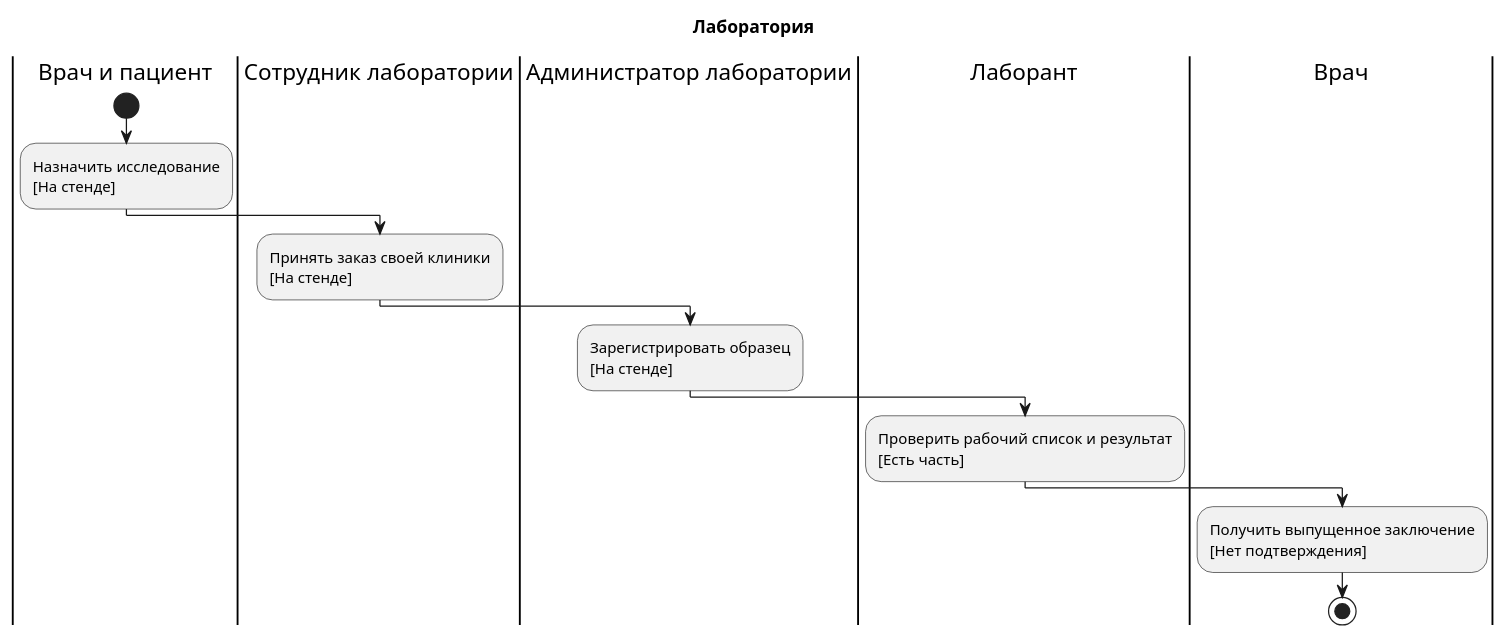
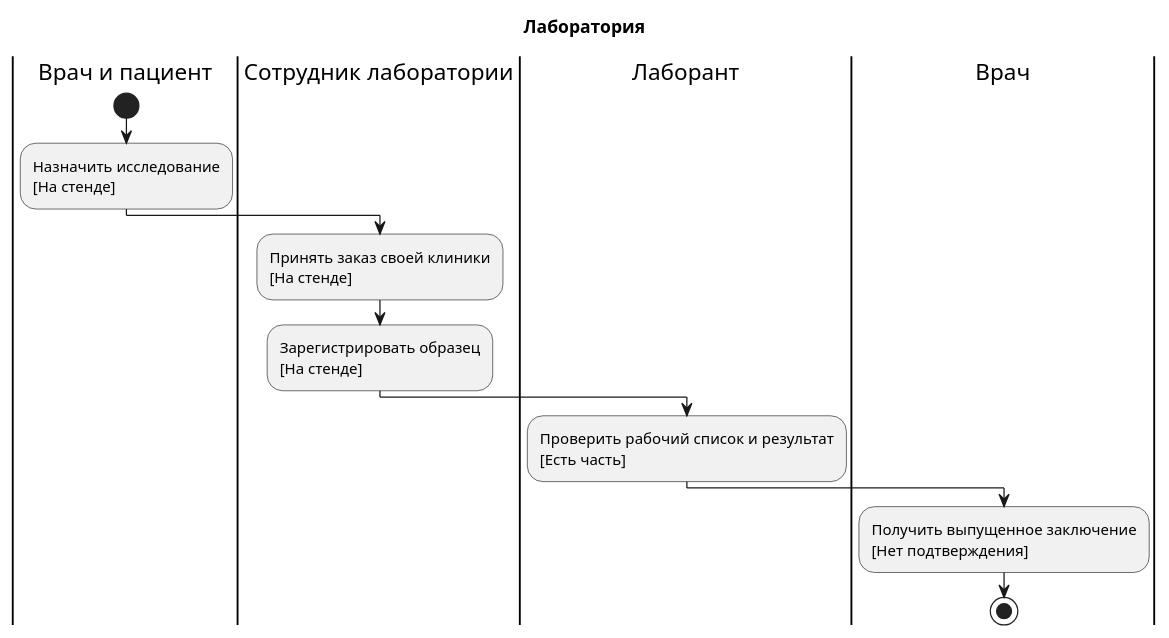
Before and after one commit to medbookdev/medbook-readiness: the seventh of 10 diagrams in medbook-full.puml, drawn with PlantUML. The commit also changed 11 other files, not shown here.

```diff
--- a/medbook-full.puml
+++ b/medbook-full.puml
@@ -133,17 +133,17 @@
 @startuml medbook-lab
 skinparam shadowing false
 title Лаборатория
 |Врач и пациент|
 start
 |Врач и пациент|
 :Назначить исследование\n[На стенде];
 |Сотрудник лаборатории|
 :Принять заказ своей клиники\n[На стенде];
-|Администратор лаборатории|
+|Сотрудник лаборатории|
 :Зарегистрировать образец\n[На стенде];
 |Лаборант|
 :Проверить рабочий список и результат\n[Есть часть];
 |Врач|
 :Получить выпущенное заключение\n[Нет подтверждения];
 stop
 @enduml
```
